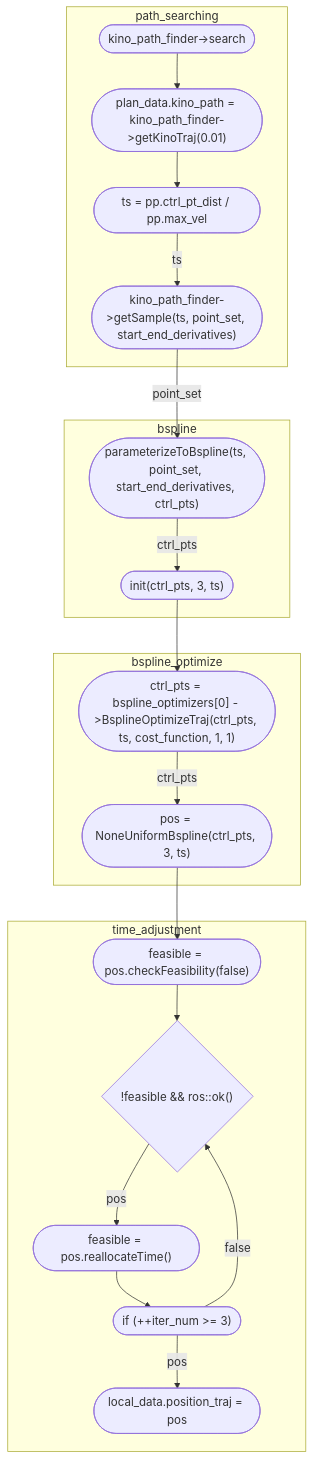
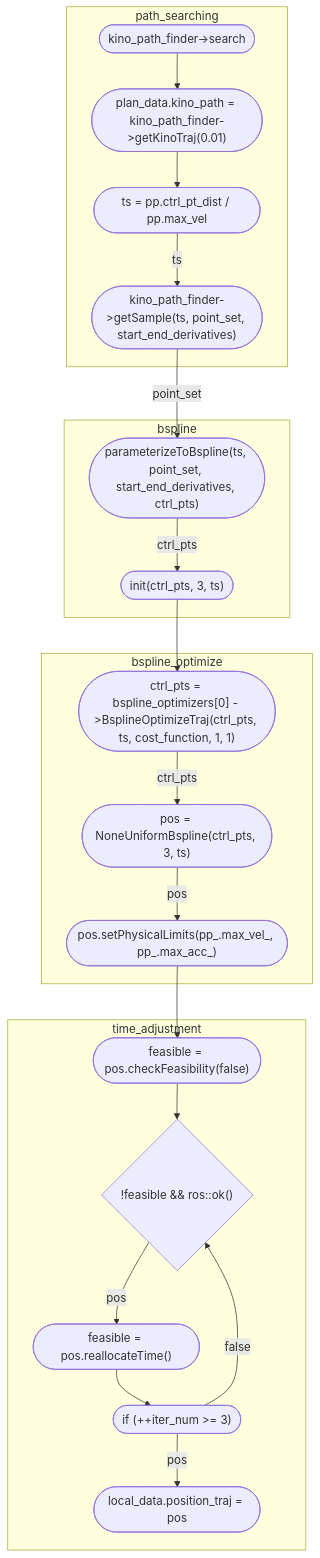
Before and after one commit to Dieptranivsr/drone_extend: the seventh of 7 diagrams in sp_code/system.md, drawn with Mermaid.

````diff
--- a/sp_code/system.md
+++ b/sp_code/system.md
@@ -100,24 +100,25 @@
 ```mermaid
 flowchart TD
     subgraph path_searching
     id1(["kino_path_finder->search"]) --> id2(["plan_data.kino_path = kino_path_finder->getKinoTraj(0.01)"])
     id2 --> id3(["ts = pp.ctrl_pt_dist / pp.max_vel"])
     id3 --> |ts| id4(["kino_path_finder->getSample(ts, point_set, start_end_derivatives)"])
     end
     subgraph bspline
     id4 --> |point_set| id5(["parameterizeToBspline(ts, point_set, start_end_derivatives, ctrl_pts)"])
     id5 --> |ctrl_pts| id6(["init(ctrl_pts, 3, ts)"])
     end 
     subgraph bspline_optimize
     id6 --> id7(["ctrl_pts = bspline_optimizers[0] - >BsplineOptimizeTraj(ctrl_pts, ts, cost_function, 1, 1)"])
     id7 --> |ctrl_pts| id8(["pos = NoneUniformBspline(ctrl_pts, 3, ts)"])
+    id8 --> |pos| id9(["pos.setPhysicalLimits(pp_.max_vel_, pp_.max_acc_)"])
     end
     subgraph time_adjustment
-    id8 --> id9(["feasible = pos.checkFeasibility(false)"])
-    id9 --> id10{"!feasible && ros::ok()"}
-    id10 --> |pos| id11(["feasible = pos.reallocateTime()"])
-    id11 --> id12(["if (++iter_num >= 3) "])
-    id12 --> |false| id10
-    id12 --> |pos| id13(["local_data.position_traj = pos"])
+    id9 --> id10(["feasible = pos.checkFeasibility(false)"])
+    id10 --> id11{"!feasible && ros::ok()"}
+    id11 --> |pos| id12(["feasible = pos.reallocateTime()"])
+    id12 --> id13(["if (++iter_num >= 3) "])
+    id13 --> |false| id11
+    id13 --> |pos| id14(["local_data.position_traj = pos"])
     end
 ```
````
